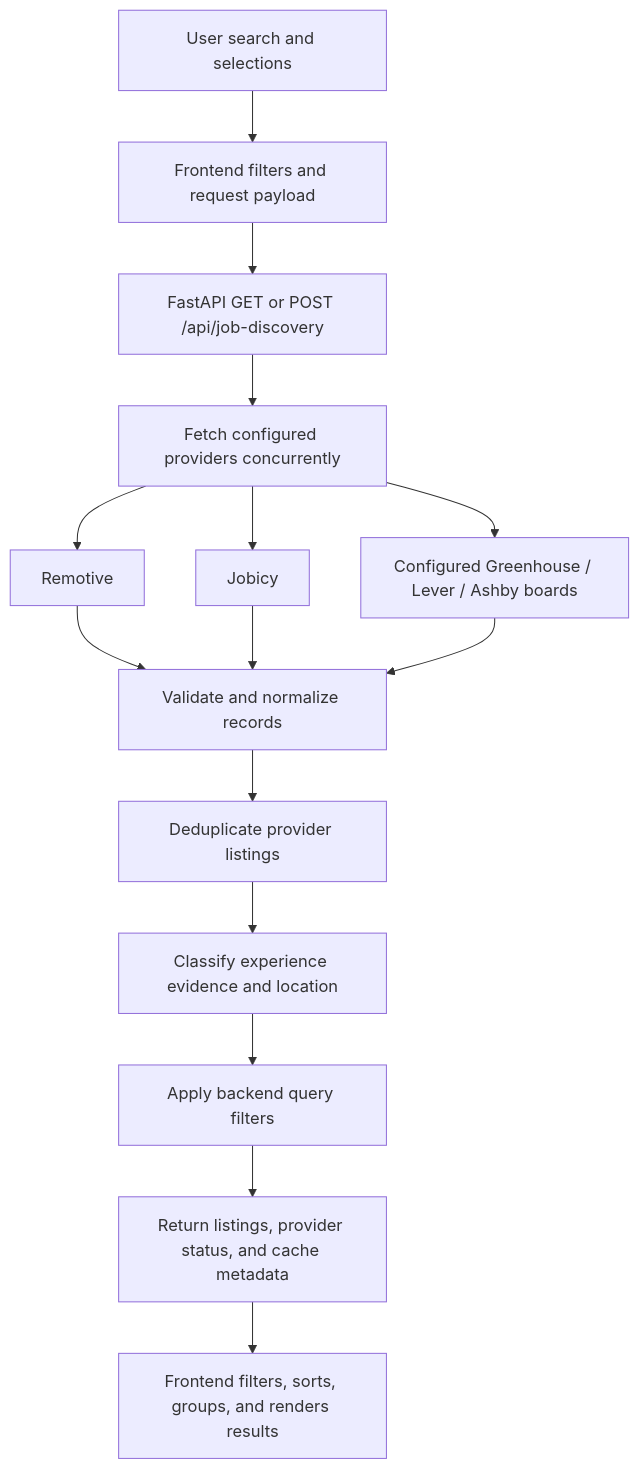
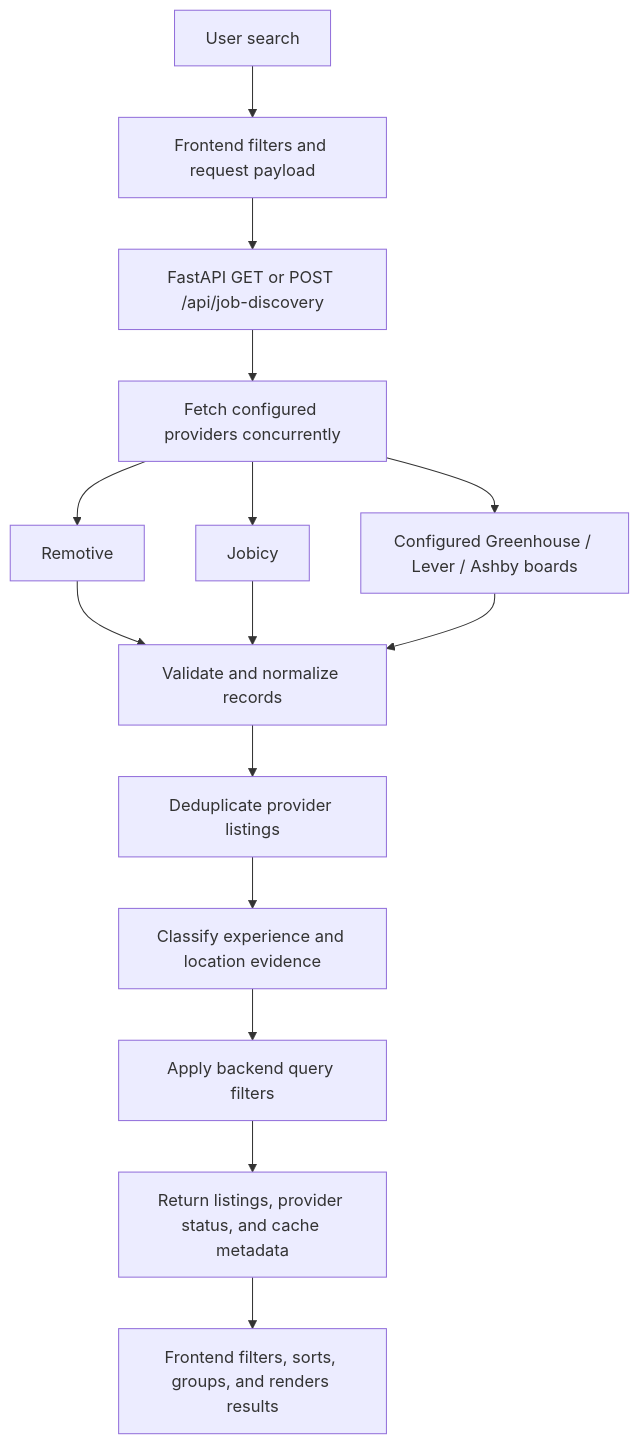
The third of 4 diagrams in README.md (bhanurgowda12/CareerScout-AI), drawn with Mermaid before and after one commit. The commit also changed other lines of this file, not shown here.

````diff
--- a/README.md
+++ b/README.md
@@ -374,17 +419,17 @@
 ```mermaid
 flowchart TD
-    A["User search and selections"] --> B["Frontend filters and request payload"]
+    A["User search"] --> B["Frontend filters and request payload"]
     B --> C["FastAPI GET or POST /api/job-discovery"]
     C --> D["Fetch configured providers concurrently"]
     D --> E["Remotive"]
     D --> F["Jobicy"]
     D --> G["Configured Greenhouse / Lever / Ashby boards"]
     E --> H["Validate and normalize records"]
     F --> H
     G --> H
     H --> I["Deduplicate provider listings"]
-    I --> J["Classify experience evidence and location"]
+    I --> J["Classify experience and location evidence"]
     J --> K["Apply backend query filters"]
     K --> L["Return listings, provider status, and cache metadata"]
     L --> M["Frontend filters, sorts, groups, and renders results"]
 ```
````
